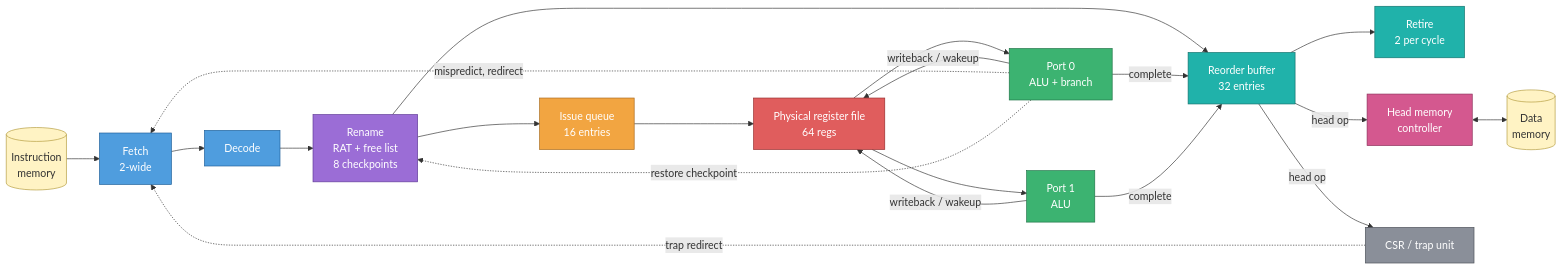
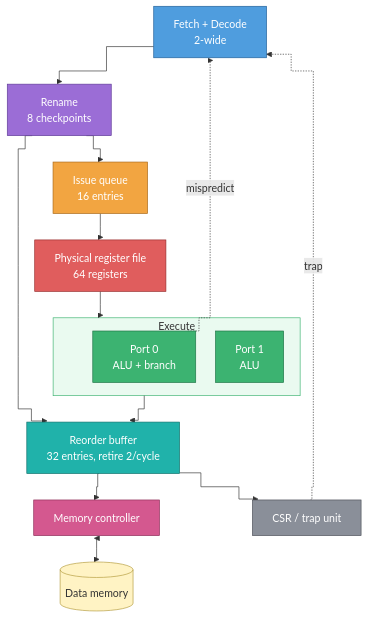
Before and after one commit to HuyHuy-bit/Spec-OoO-RV32I-Processor: the diagram in README.md, drawn with Mermaid. The commit also changed other lines of this file, not shown here.

Commit message:
revise the simplify block

````diff
--- a/README.md
+++ b/README.md
@@ -30,30 +30,29 @@
 ```mermaid
-flowchart LR
-    IMEM[(Instruction<br/>memory)]:::mem --> F[Fetch<br/>2-wide]:::front
-    F --> D[Decode]:::front
-    D --> R[Rename<br/>RAT + free list<br/>8 checkpoints]:::rename
+%%{init: {"flowchart": {"curve": "step", "nodeSpacing": 30, "rankSpacing": 40}}}%%
+flowchart TB
+    F[Fetch + Decode<br/>2-wide]:::front --> R[Rename<br/>8 checkpoints]:::rename
     R --> IQ[Issue queue<br/>16 entries]:::sched
-    R --> ROB[Reorder buffer<br/>32 entries]:::retire
-    IQ --> PRF[Physical register file<br/>64 regs]:::regs
-    PRF --> E0[Port 0<br/>ALU + branch]:::exec
-    PRF --> E1[Port 1<br/>ALU]:::exec
-    E0 & E1 -- writeback / wakeup --> PRF
-    E0 & E1 -- complete --> ROB
-    E0 -. mispredict, redirect .-> F
-    E0 -. restore checkpoint .-> R
-    ROB --> C[Retire<br/>2 per cycle]:::retire
-    ROB -- head op --> M[Head memory<br/>controller]:::memctl
-    M <--> DMEM[(Data<br/>memory)]:::mem
-    ROB -- head op --> CSR[CSR / trap unit]:::sys
-    CSR -. trap redirect .-> F
+    R --> ROB[Reorder buffer<br/>32 entries, retire 2/cycle]:::retire
+    IQ --> PRF[Physical register file<br/>64 registers]:::regs
+    PRF --> EX
+    subgraph EX[Execute]
+        E0[Port 0<br/>ALU + branch]:::exec
+        E1[Port 1<br/>ALU]:::exec
+    end
+    EX --> ROB
+    E0 -. mispredict .-> F
+    ROB --> MEM[Memory controller]:::memctl <--> DMEM[(Data memory)]:::mem
+    ROB --> CSR[CSR / trap unit]:::sys
+    CSR -. trap .-> F
 
     classDef front  fill:#4f9dde,stroke:#1f5f99,color:#fff
     classDef rename fill:#9b6dd6,stroke:#5e3a96,color:#fff
     classDef sched  fill:#f2a541,stroke:#a8681a,color:#fff
     classDef regs   fill:#e05d5d,stroke:#962c2c,color:#fff
     classDef exec   fill:#3cb371,stroke:#1f7346,color:#fff
     classDef retire fill:#20b2aa,stroke:#11716c,color:#fff
     classDef memctl fill:#d4588f,stroke:#8c2d58,color:#fff
     classDef sys    fill:#8a8f99,stroke:#4d5159,color:#fff
     classDef mem    fill:#fff3c4,stroke:#b39b3c,color:#333
+    style EX fill:#eafaf0,stroke:#3cb371
 ```
````
